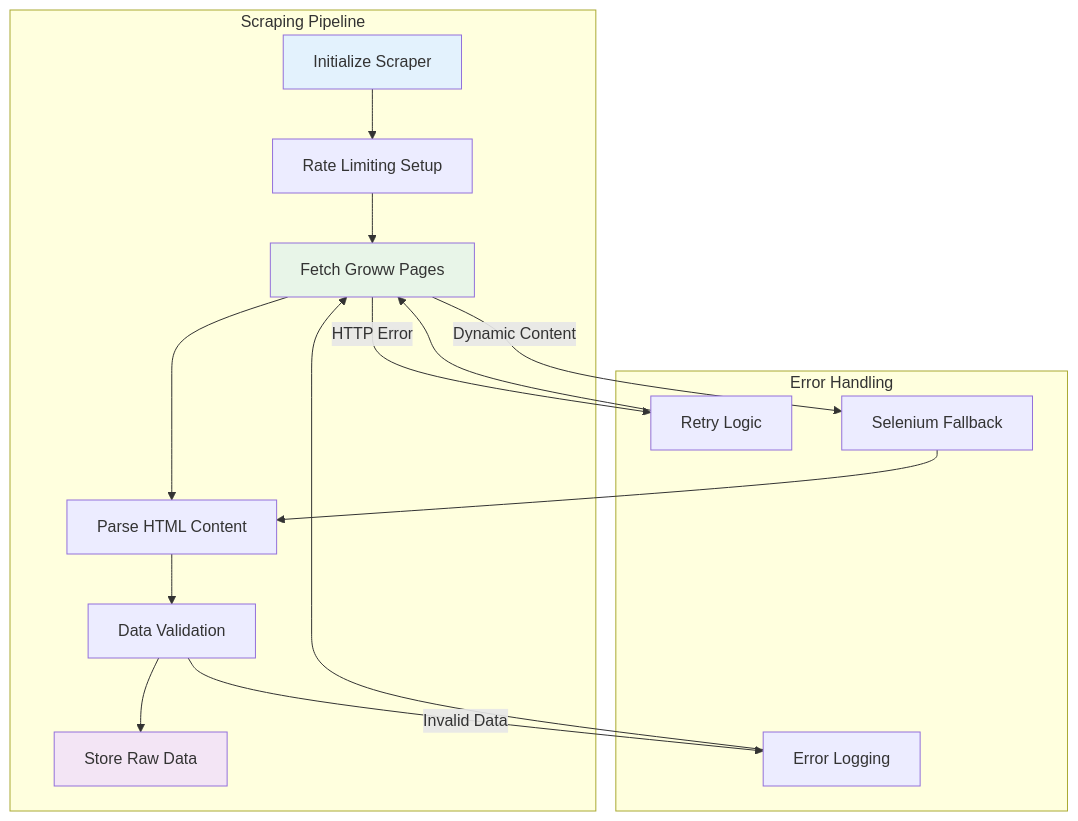
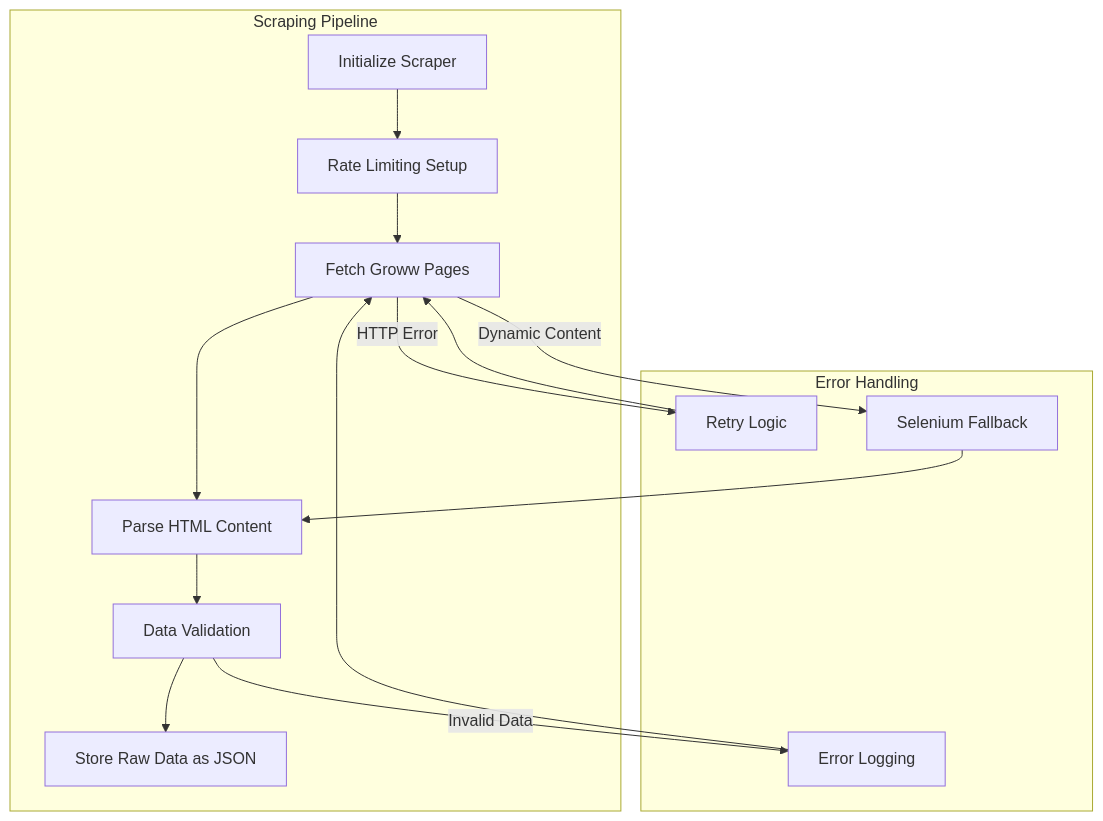
One commit to hey2308/Groww-RAG-chatbot changed the second of 13 diagrams in doc/architecture.md. Above: the diagram before and after it, drawn with Mermaid. The commit also changed other lines of this file, not shown here.

Commit message:
Update architecture.md: reflect current tech stack (Groq, pure Python vector store, Next.js, Render)

````diff
--- a/doc/architecture.md
+++ b/doc/architecture.md
@@ -94,34 +86,30 @@
 ```mermaid
 flowchart TD
     subgraph "Scraping Pipeline"
         Init[Initialize Scraper]
         Rate[Rate Limiting Setup]
         Fetch[Fetch Groww Pages]
         Parse[Parse HTML Content]
         Validate[Data Validation]
-        Store[Store Raw Data]
+        Store[Store Raw Data as JSON]
     end
     
     subgraph "Error Handling"
         Retry[Retry Logic]
-        Fallback[Selenium Fallback]
+        Selenium[Selenium Fallback]
         Log[Error Logging]
     end
     
     Init --> Rate
     Rate --> Fetch
     Fetch --> Parse
     Parse --> Validate
     Validate --> Store
     
     Fetch -- HTTP Error --> Retry
-    Fetch -- Dynamic Content --> Fallback
+    Fetch -- Dynamic Content --> Selenium
     Retry --> Fetch
-    Fallback --> Parse
+    Selenium --> Parse
     Validate -- Invalid Data --> Log
     Log --> Fetch
-    
-    style Init fill:#e3f2fd
-    style Fetch fill:#e8f5e8
-    style Store fill:#f3e5f5
 ```
````
